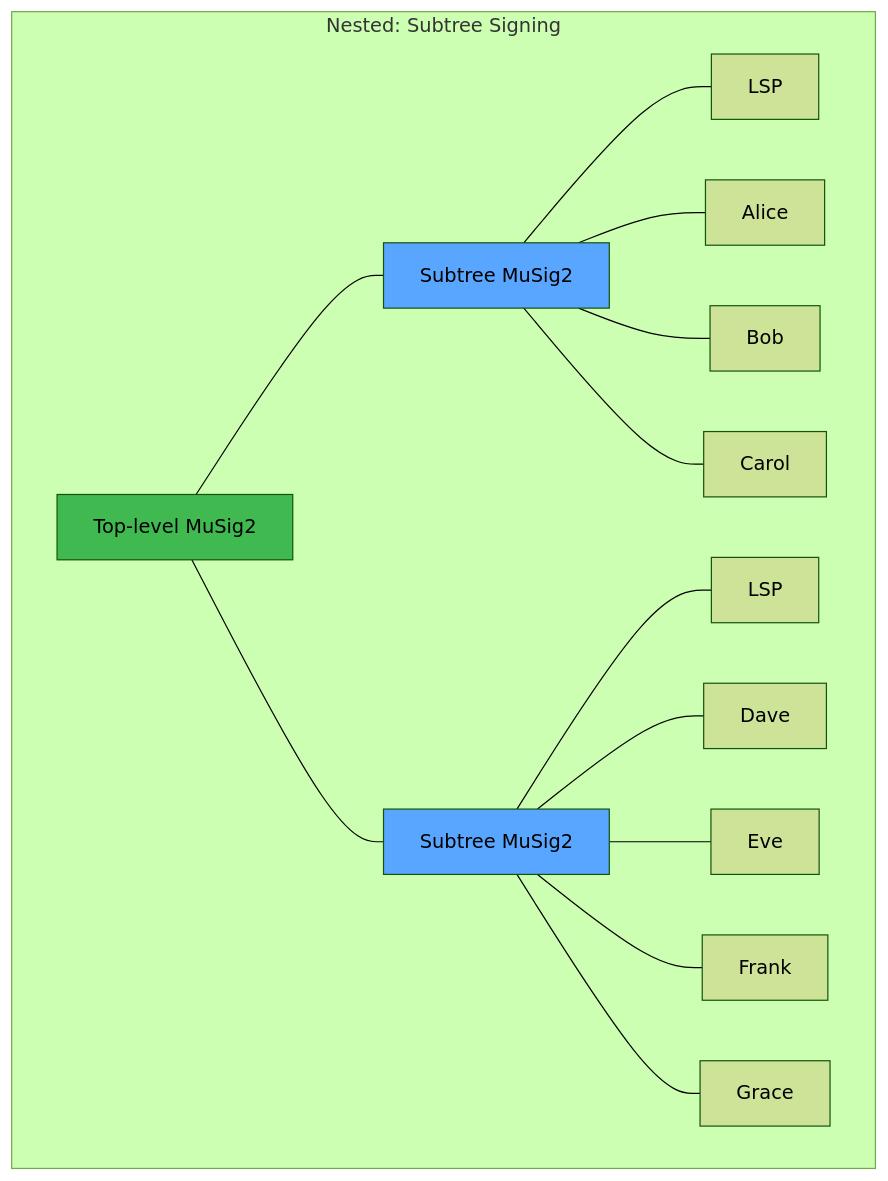
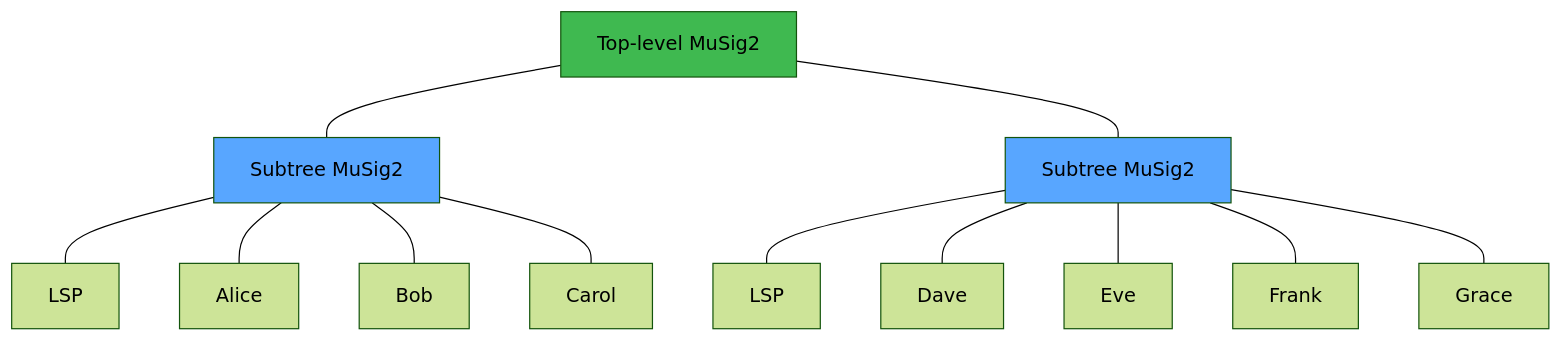
The second of 5 diagrams in research/research-horizon.md (8144225309/superscalar-docs), drawn with Mermaid (forest theme) before and after one commit. The commit also changed other lines of this file and 3 other files, not shown here.

First line of the commit message:
Fix Mermaid rendering bug, restructure research section

````diff
--- a/research/research-horizon.md
+++ b/research/research-horizon.md
@@ -36,20 +45,31 @@
 ```mermaid
 graph TD
-    subgraph "Nested: Subtree Signing"
-        TOP["Top-level MuSig2"] --- SUB1["Subtree MuSig2"]
-        TOP --- SUB2["Subtree MuSig2"]
-        SUB1 --- LSP1["LSP"]
-        SUB1 --- A2["Alice"]
-        SUB1 --- B2["Bob"]
-        SUB1 --- C2["Carol"]
-        SUB2 --- LSP2["LSP"]
-        SUB2 --- D2["Dave"]
-        SUB2 --- E2["Eve"]
-        SUB2 --- F2["Frank"]
-        SUB2 --- G2["Grace"]
-    end
+    TOP["Top-level MuSig2"]
+    SUB1["Subtree MuSig2"]
+    SUB2["Subtree MuSig2"]
+    LSP1["LSP"]
+    A2["Alice"]
+    B2["Bob"]
+    C2["Carol"]
+    LSP2["LSP"]
+    D2["Dave"]
+    E2["Eve"]
+    F2["Frank"]
+    G2["Grace"]
+
+    TOP --- SUB1
+    TOP --- SUB2
+    SUB1 --- LSP1
+    SUB1 --- A2
+    SUB1 --- B2
+    SUB1 --- C2
+    SUB2 --- LSP2
+    SUB2 --- D2
+    SUB2 --- E2
+    SUB2 --- F2
+    SUB2 --- G2
 
     style TOP fill:#3fb950,color:#000
     style SUB1 fill:#58a6ff,color:#000
     style SUB2 fill:#58a6ff,color:#000
 ```
````
